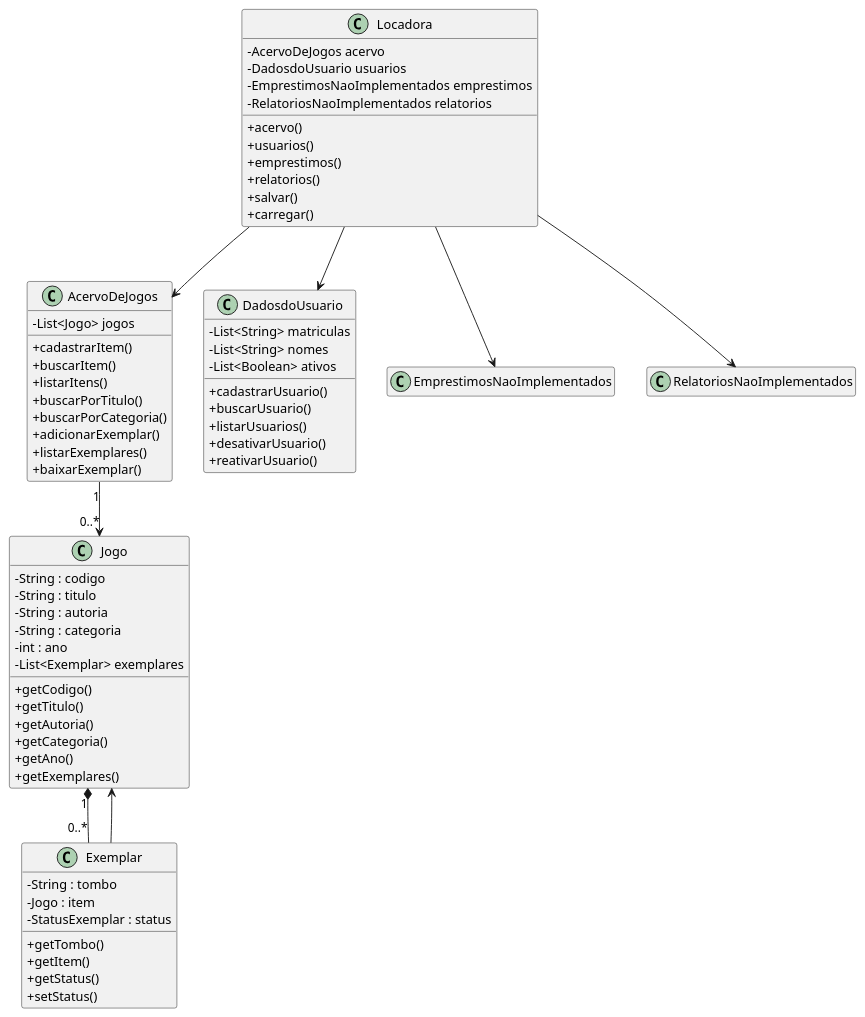
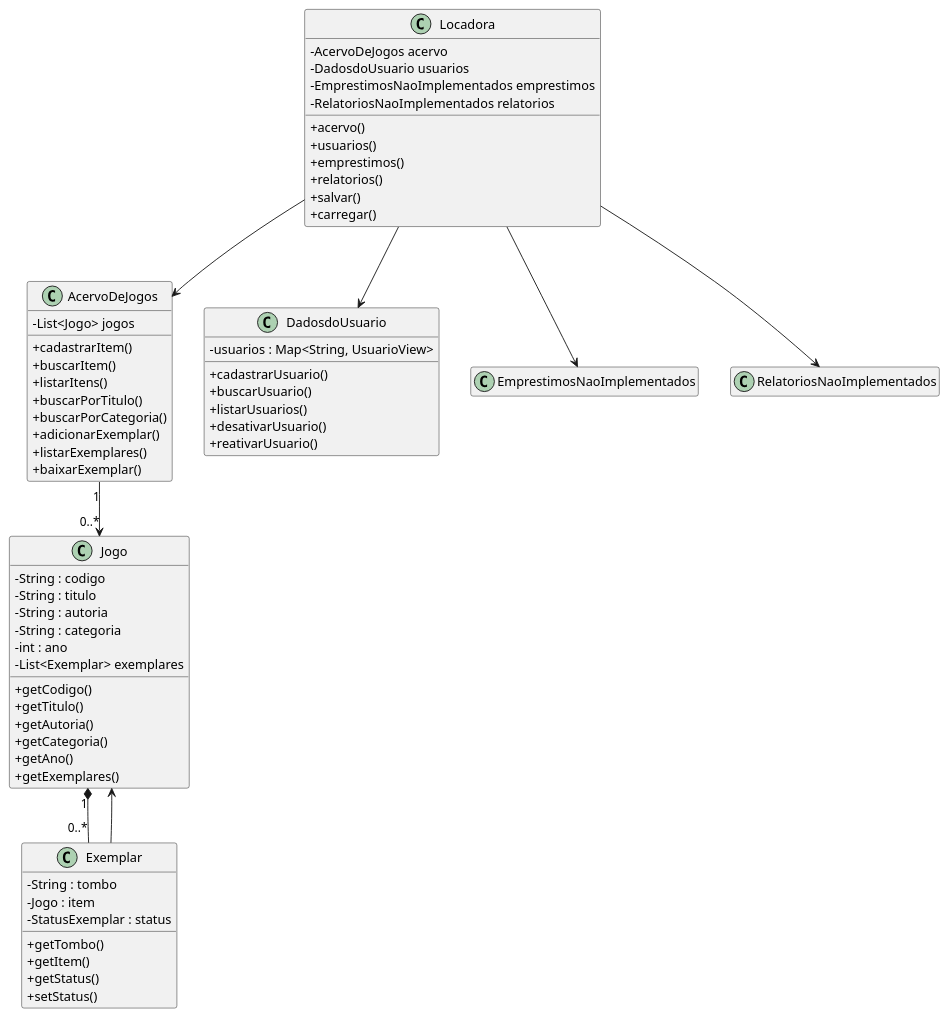
Before and after one commit to poo-dcx-2026-2/Mentalistas: the diagram in docs/modelo.puml, drawn with PlantUML.

Commit message:
Correção do diagrama de classes com a adição do Map

```diff
--- a/docs/modelo.puml
+++ b/docs/modelo.puml
@@ -1,84 +1,82 @@
 @startuml
 ' Modelo de domínio do sistema: Entrega 1.
 '
 ' Este arquivo é o ponto de partida. Substitua pelo modelo da sua equipe.
 ' O diagrama precisa corresponder ao código entregue.
 '
 ' Para gerar a imagem: instale o plugin PlantUML no IntelliJ, ou use
 '   plantuml docs/modelo.puml
 ' e versione a imagem gerada ao lado deste arquivo.
 
 skinparam classAttributeIconSize 0
 hide empty members
 
 class Locadora {
     - AcervoDeJogos acervo
     - DadosdoUsuario usuarios
     - EmprestimosNaoImplementados emprestimos
     - RelatoriosNaoImplementados relatorios
     + acervo()
     + usuarios()
     + emprestimos()
     + relatorios()
     + salvar()
     + carregar()
 }
 
 class AcervoDeJogos {
     - List<Jogo> jogos
     + cadastrarItem()
     + buscarItem()
     + listarItens()
     + buscarPorTitulo()
     + buscarPorCategoria()
     + adicionarExemplar()
     + listarExemplares()
     + baixarExemplar()
 }
 
 class DadosdoUsuario {
-    - List<String> matriculas
-    - List<String> nomes
-    - List<Boolean> ativos
+    - usuarios : Map<String, UsuarioView>
     + cadastrarUsuario()
     + buscarUsuario()
     + listarUsuarios()
     + desativarUsuario()
     + reativarUsuario()
 }
 
 class Jogo {
     - String : codigo
     - String : titulo
     - String : autoria
     - String : categoria
     - int : ano
     - List<Exemplar> exemplares
     + getCodigo()
     + getTitulo()
     + getAutoria()
     + getCategoria()
     + getAno()
     + getExemplares()
 }
 
 class Exemplar {
     - String : tombo
     - Jogo : item
     - StatusExemplar : status
     + getTombo()
     + getItem()
     + getStatus()
     + setStatus()
 }
 
 Locadora --> AcervoDeJogos
 Locadora --> DadosdoUsuario
 Locadora --> EmprestimosNaoImplementados
 Locadora --> RelatoriosNaoImplementados
 
 AcervoDeJogos "1" --> "0..*" Jogo
 Jogo "1" *-- "0..*" Exemplar
 Exemplar --> Jogo
 
 @enduml
```
